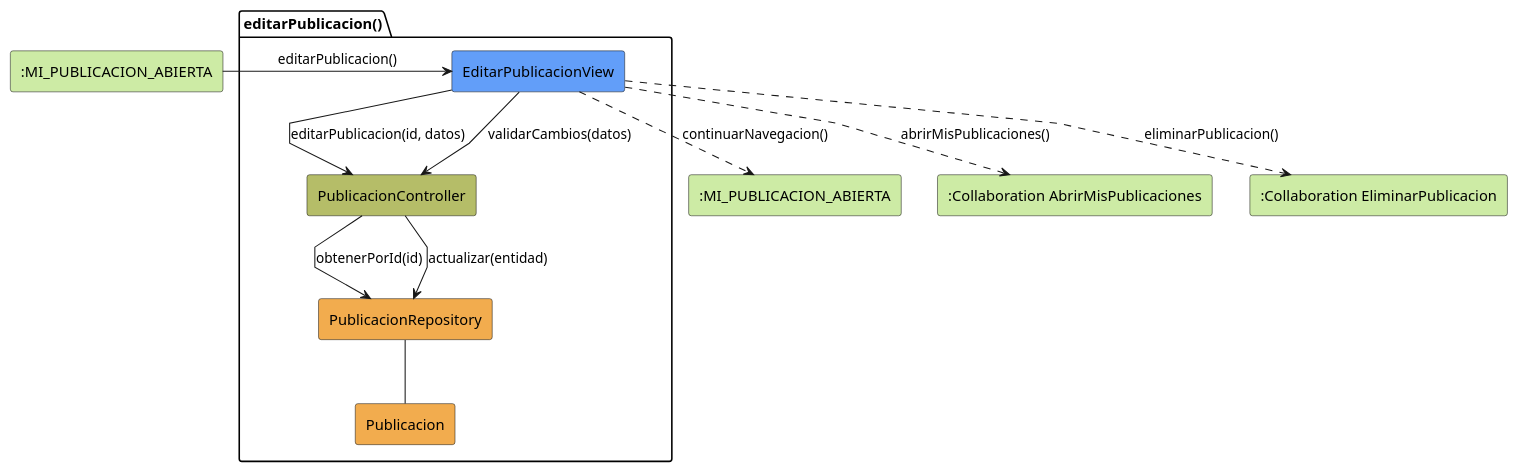
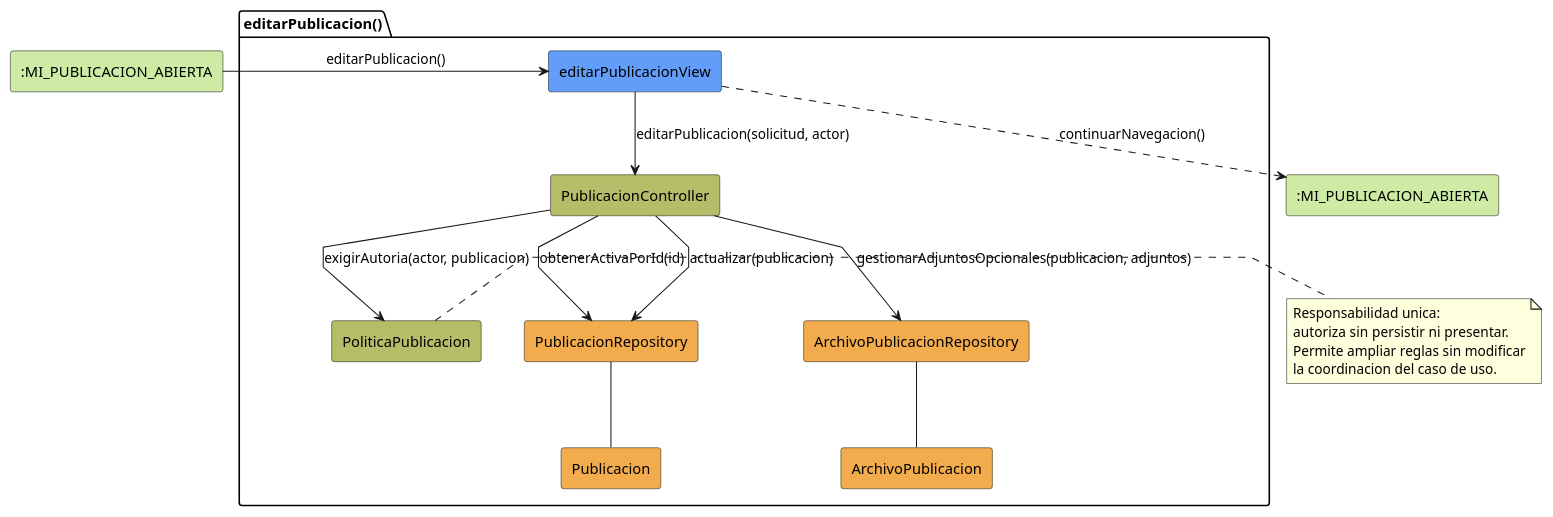
The diagram in RUP/01-analisis/casos-uso/investigador/editarPublicacion/colaboracion.puml (beatriizorozco/25-26-idsw2-sdVC), drawn with PlantUML before and after one commit. The commit also changed 99 other files, not shown here.

Commit message:
docs(analisis y diseño): bloque 8: publicaciones

```diff
--- a/RUP/01-analisis/casos-uso/investigador/editarPublicacion/colaboracion.puml
+++ b/RUP/01-analisis/casos-uso/investigador/editarPublicacion/colaboracion.puml
@@ -1,27 +1,32 @@
-@startuml editarPublicacion-analisis
+@startuml editarPublicacion-investigador-analisis
 skinparam linetype polyline
 
 rectangle #CDEBA5 ":MI_PUBLICACION_ABIERTA" as EstadoEntrada
 package editarPublicacion as "editarPublicacion()" {
-    rectangle #629EF9 EditarPublicacionView
+    rectangle #629EF9 "editarPublicacionView" as View
     rectangle #b5bd68 PublicacionController
+    rectangle #b5bd68 PoliticaPublicacion
     rectangle #F2AC4E PublicacionRepository
     rectangle #F2AC4E Publicacion
+    rectangle #F2AC4E ArchivoPublicacionRepository
+    rectangle #F2AC4E ArchivoPublicacion
 }
+rectangle #CDEBA5 ":MI_PUBLICACION_ABIERTA" as EstadoSalida
 
-rectangle #CDEBA5 ":MI_PUBLICACION_ABIERTA" as EstadoSalida
-rectangle #CDEBA5 ":Collaboration AbrirMisPublicaciones" as AbrirMisPublicaciones
-rectangle #CDEBA5 ":Collaboration EliminarPublicacion" as EliminarPublicacion
+EstadoEntrada -r-> View: editarPublicacion()
+View -d-> PublicacionController: editarPublicacion(solicitud, actor)
+PublicacionController --> PublicacionRepository: obtenerActivaPorId(id)
+PublicacionController --> PoliticaPublicacion: exigirAutoria(actor, publicacion)
+PublicacionController --> PublicacionRepository: actualizar(publicacion)
+PublicacionRepository -- Publicacion
+PublicacionController --> ArchivoPublicacionRepository: gestionarAdjuntosOpcionales(publicacion, adjuntos)
+ArchivoPublicacionRepository -- ArchivoPublicacion
+View ..> EstadoSalida: continuarNavegacion()
 
-EstadoEntrada -r-> EditarPublicacionView: editarPublicacion()
-
-EditarPublicacionView -d-> PublicacionController: editarPublicacion(id, datos)
-EditarPublicacionView --> PublicacionController: validarCambios(datos)
-PublicacionController --> PublicacionRepository: obtenerPorId(id)
-PublicacionController --> PublicacionRepository: actualizar(entidad)
-PublicacionRepository -- Publicacion
-EditarPublicacionView ..> EstadoSalida: continuarNavegacion()
-EditarPublicacionView ..> AbrirMisPublicaciones: abrirMisPublicaciones()
-EditarPublicacionView ..> EliminarPublicacion: eliminarPublicacion()
-
+note right of PoliticaPublicacion
+Responsabilidad unica:
+autoriza sin persistir ni presentar.
+Permite ampliar reglas sin modificar
+la coordinacion del caso de uso.
+end note
 @enduml
```
